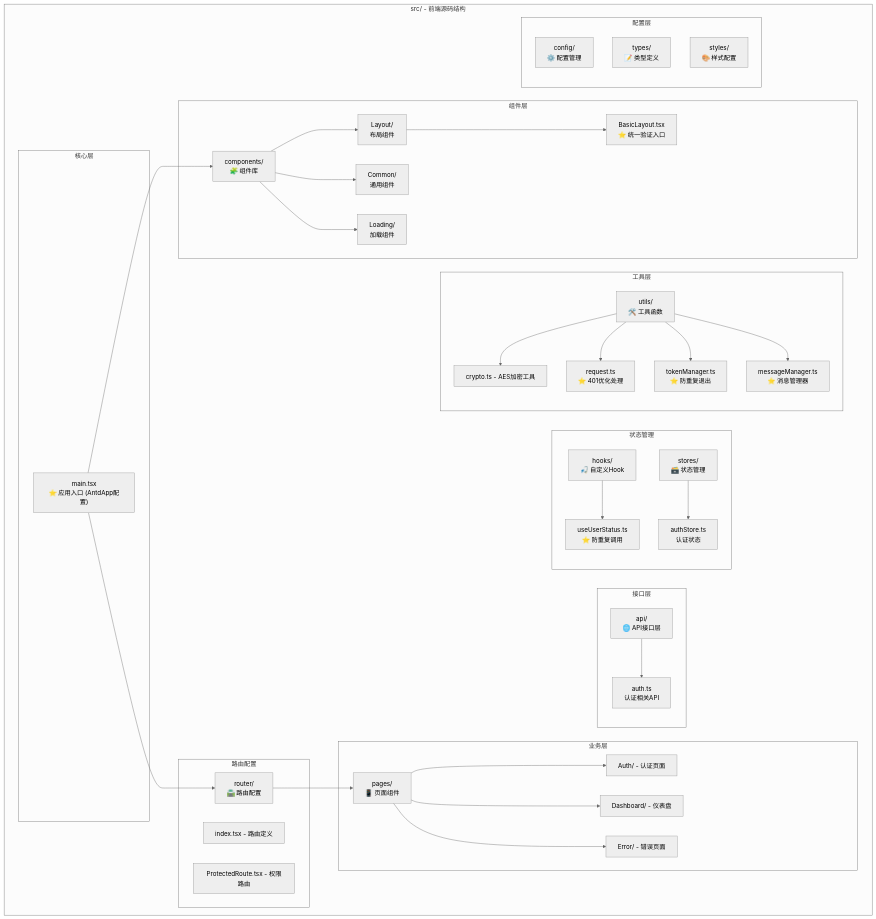
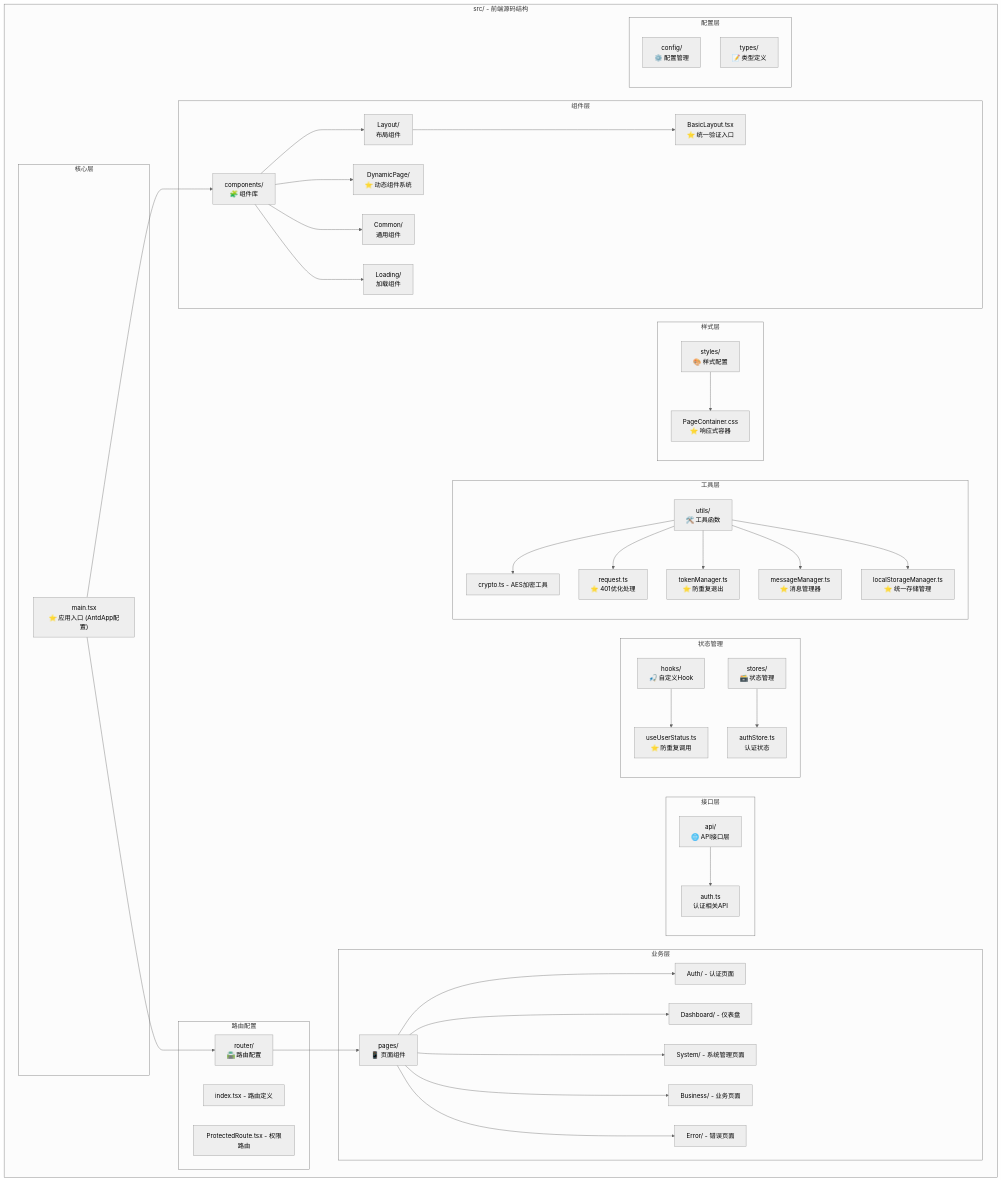
Before and after one commit to SEVENTEEN-TAN/SVT: the second of 3 diagrams in SVT-Web/README.md, drawn with Mermaid (neutral theme). The commit also changed other lines of this file and 23 other files, not shown here.

````diff
--- a/SVT-Web/README.md
+++ b/SVT-Web/README.md
@@ -94,6 +118,7 @@
             COMMON["Common/<br/>通用组件"]
             LAYOUT["Layout/<br/>布局组件"]
             BASIC_LAYOUT["BasicLayout.tsx<br/>⭐ 统一验证入口"]
+            DYNAMIC_PAGE["DynamicPage/<br/>⭐ 动态组件系统"]
             LOADING["Loading/<br/>加载组件"]
         end
 
@@ -101,6 +126,8 @@
             PAGES["pages/<br/>📱 页面组件"]
             AUTH_PAGE["Auth/ - 认证页面"]
             DASHBOARD["Dashboard/ - 仪表盘"]
+            SYSTEM_PAGE["System/ - 系统管理页面"]
+            BUSINESS_PAGE["Business/ - 业务页面"]
             ERROR["Error/ - 错误页面"]
         end
 
@@ -123,12 +150,17 @@
             REQUEST["request.ts<br/>⭐ 401优化处理"]
             TOKEN_MGR["tokenManager.ts<br/>⭐ 防重复退出"]
             MSG_MGR["messageManager.ts<br/>⭐ 消息管理器"]
+            LOCAL_STORAGE["localStorageManager.ts<br/>⭐ 统一存储管理"]
+        end
+
+        subgraph "样式层"
+            STYLES["styles/<br/>🎨 样式配置"]
+            PAGE_CONTAINER["PageContainer.css<br/>⭐ 响应式容器"]
         end
 
         subgraph "配置层"
             CONFIG["config/<br/>⚙️ 配置管理"]
             TYPES["types/<br/>📝 类型定义"]
-            STYLES["styles/<br/>🎨 样式配置"]
         end
     end
 
@@ -136,12 +168,15 @@
     MAIN --> ROUTER
     COMP --> LAYOUT
     LAYOUT --> BASIC_LAYOUT
+    COMP --> DYNAMIC_PAGE
     COMP --> COMMON
     COMP --> LOADING
 
     ROUTER --> PAGES
     PAGES --> AUTH_PAGE
     PAGES --> DASHBOARD
+    PAGES --> SYSTEM_PAGE
+    PAGES --> BUSINESS_PAGE
     PAGES --> ERROR
 
     HOOKS --> USER_STATUS
@@ -152,4 +187,7 @@
     UTILS --> REQUEST
     UTILS --> TOKEN_MGR
     UTILS --> MSG_MGR
+    UTILS --> LOCAL_STORAGE
+    
+    STYLES --> PAGE_CONTAINER
 ```
````
